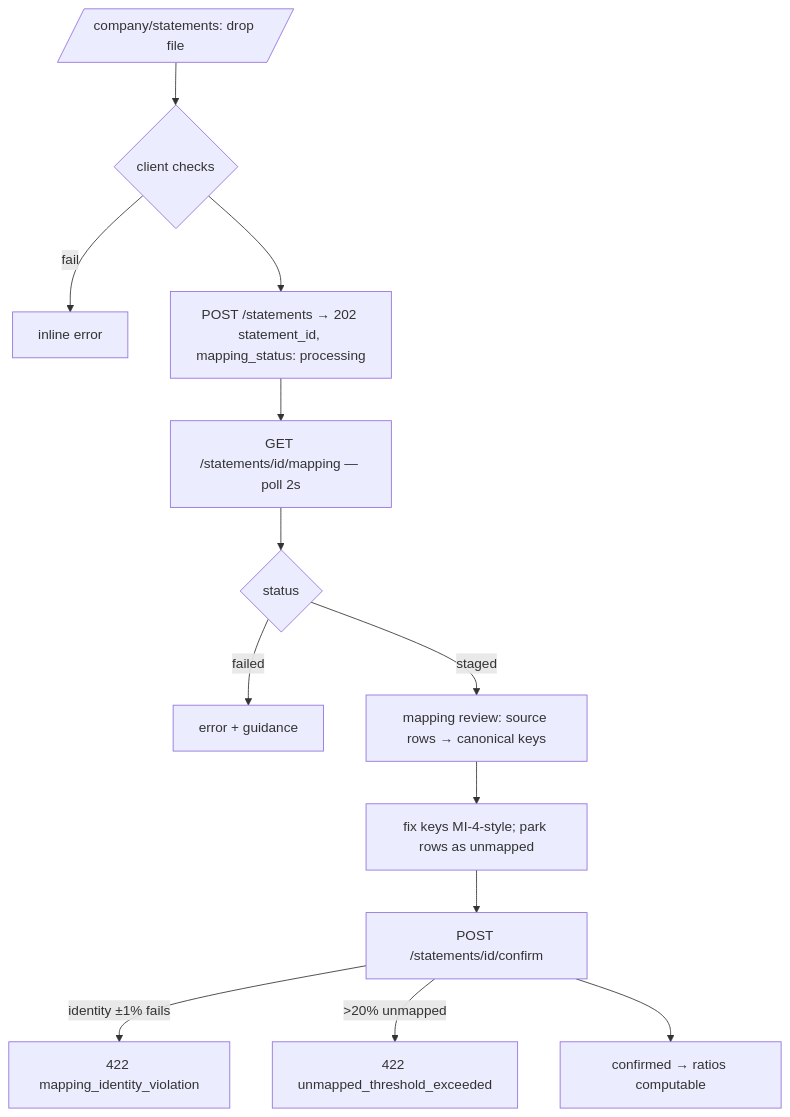
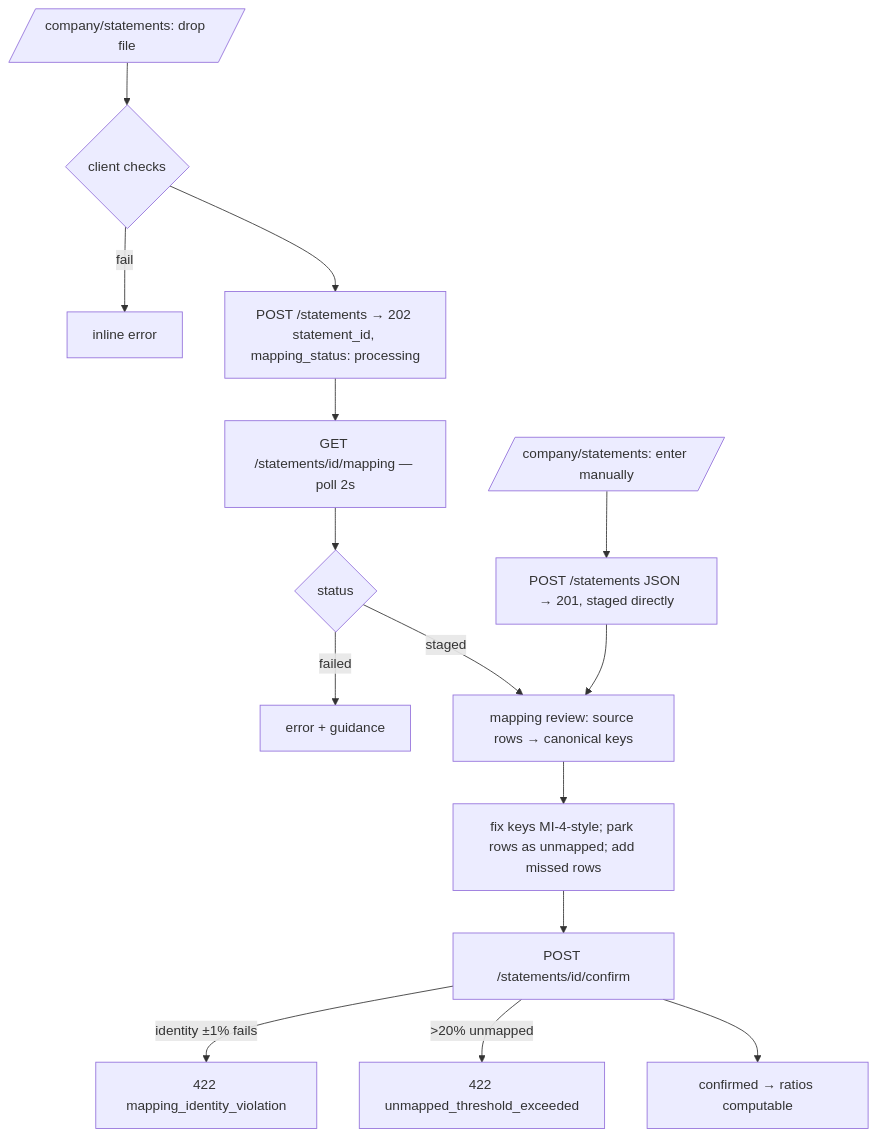
One commit to cuesoftinc/expendit changed the diagram in docs/flows/statement-mapping.md. Above: the diagram before and after it, drawn with Mermaid. The commit also changed other lines of this file and 13 other files, not shown here.

````diff
--- a/docs/flows/statement-mapping.md
+++ b/docs/flows/statement-mapping.md
@@ -10,15 +10,17 @@
 ```mermaid
 flowchart TD
     UP[/company/statements: drop file/] --> VAL{client checks}
+    MAN[/company/statements: enter manually/] --> MPOST[POST /statements JSON → 201, staged directly]
     VAL -->|fail| E0[inline error]
     VAL --> POST[POST /statements → 202 statement_id, mapping_status: processing]
     POST --> POLL[GET /statements/id/mapping — poll 2s]
     POLL --> ST{status}
     ST -->|failed| FAIL[error + guidance]
     ST -->|staged| REVIEW[mapping review: source rows → canonical keys]
-    REVIEW --> FIX[fix keys MI-4-style; park rows as unmapped]
+    MPOST --> REVIEW
+    REVIEW --> FIX[fix keys MI-4-style; park rows as unmapped; add missed rows]
     FIX --> CONFIRM[POST /statements/id/confirm]
     CONFIRM -->|identity ±1% fails| E1[422 mapping_identity_violation]
     CONFIRM -->|>20% unmapped| E2[422 unmapped_threshold_exceeded]
     CONFIRM --> DONE[confirmed → ratios computable]
 ```
````
